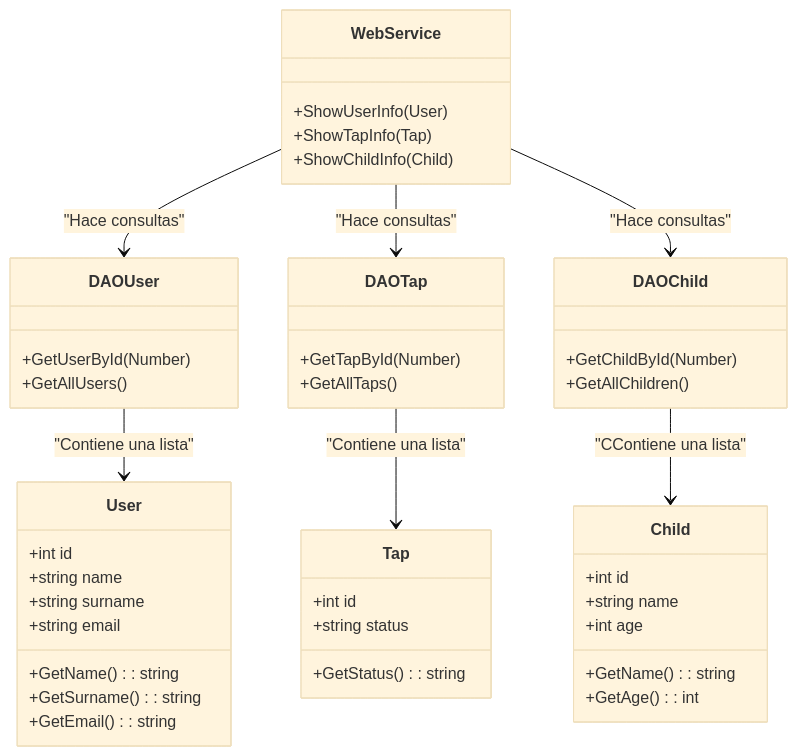
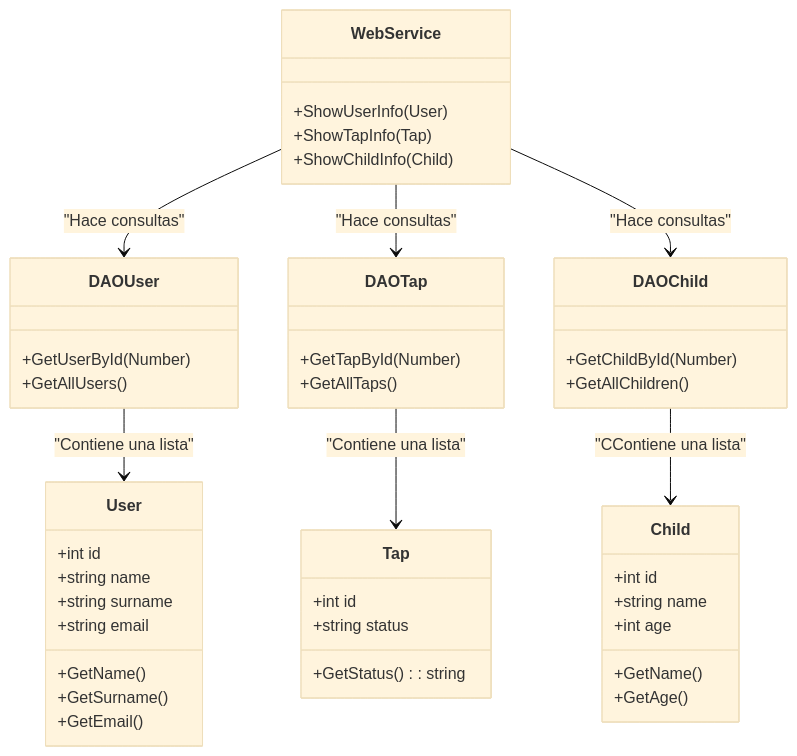
The diagram in prototipo2/frontend.mermaid (Dariella06/TapaTapp), drawn with Mermaid (base theme) before and after one commit.

```diff
--- a/prototipo2/frontend.mermaid
+++ b/prototipo2/frontend.mermaid
@@ -1,52 +1,52 @@
 classDiagram
     WebService --> DAOUser : "Hace consultas"
     WebService --> DAOTap : "Hace consultas"
     WebService --> DAOChild : "Hace consultas"
     DAOUser --> User : "Contiene una lista"
     DAOTap --> Tap : "Contiene una lista"
     DAOChild --> Child : "CContiene una lista"
 
     class WebService {
         +ShowUserInfo(User)
         +ShowTapInfo(Tap)
         +ShowChildInfo(Child)
     }
 
     class DAOUser {
         +GetUserById(Number)
         +GetAllUsers()
     }
 
     class DAOTap {
         +GetTapById(Number)
         +GetAllTaps()
     }
 
     class DAOChild {
         +GetChildById(Number)
         +GetAllChildren()
     }
 
     class User {
         +int id
         +string name
         +string surname
         +string email
-        +GetName(): string
-        +GetSurname(): string
-        +GetEmail(): string
+        +GetName()
+        +GetSurname()
+        +GetEmail()
     }
 
     class Tap {
         +int id
         +string status
         +GetStatus(): string
     }
 
     class Child {
         +int id
         +string name
         +int age
-        +GetName(): string
-        +GetAge(): int
+        +GetName()
+        +GetAge()
     }
```
